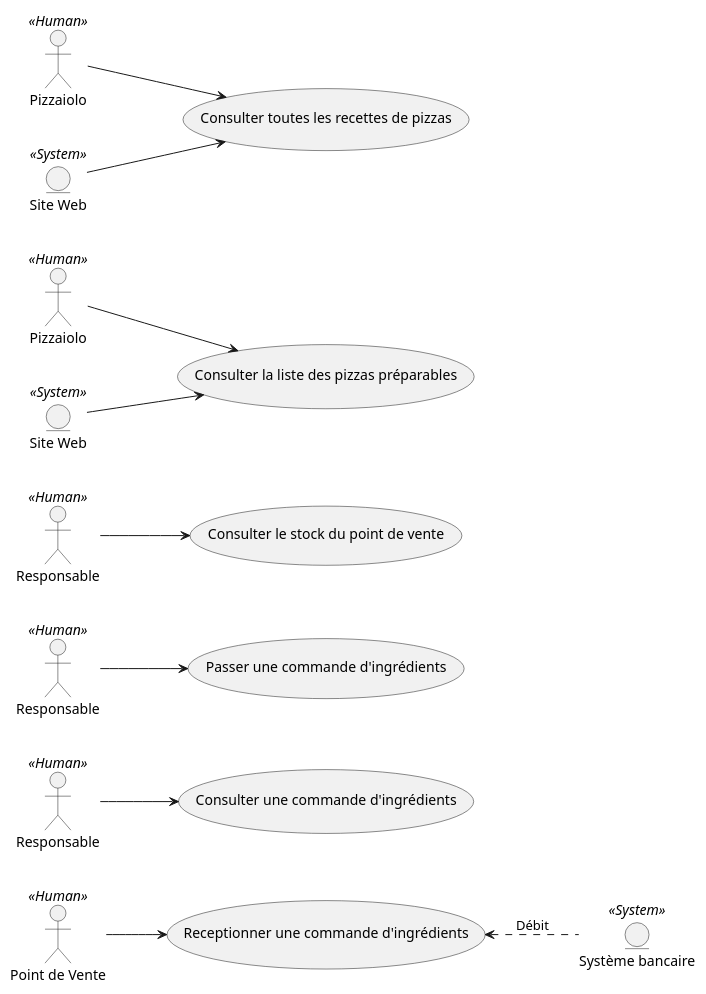
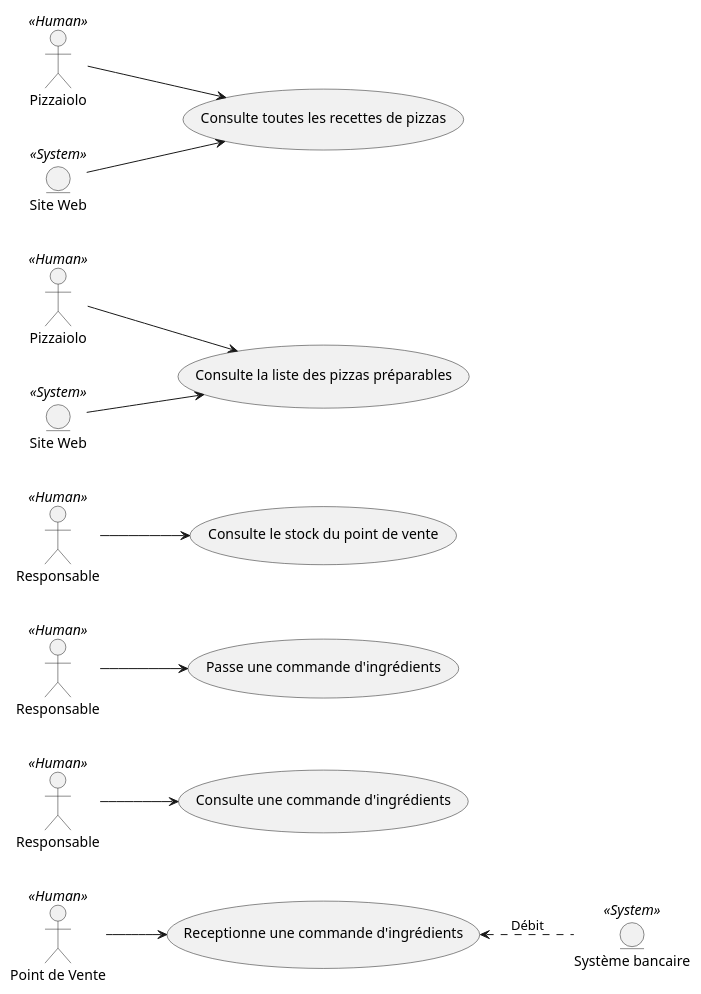
Before and after one commit to rvallet/oc-pizza: the diagram in uml/src/use-case-diagram-stock.puml, drawn with PlantUML. The commit also changed 5 other files, not shown here.

Commit message:
updated uml

```diff
--- a/uml/src/use-case-diagram-stock.puml
+++ b/uml/src/use-case-diagram-stock.puml
@@ -1,58 +1,58 @@
 @startuml
 /' Start UML Class '/
 
 /' Flow Direction '/
 left to right direction
 
 /' Actor and Entity '/
 "Responsable" << Human >> as R1
 "Responsable" << Human >> as R2
 "Responsable" << Human >> as R3
 "Pizzaiolo" << Human >> as P1
 "Pizzaiolo" << Human >> as P2
 :Point de Vente: << Human >> as PDV1
 
 entity "Système bancaire" << System >> as Bank1
 entity "Site Web" << System >> as Web1
 entity "Site Web" << System >> as Web2
 
 /' Ordering actor and entity '/
 P1 -[hidden] Web1
 Web1 -[hidden] P2
 P2 -[hidden] Web2
 Web2 -[hidden] R1
 R1 -[hidden] R2
 R2 -[hidden] R3
 R3 -[hidden] PDV1
 
 /' UseCase Relationship '/
 
 /' Consulter les recettes de pizzas '/
-(Consulter toutes les recettes de pizzas) as (getAllRecipe)
+(Consulte toutes les recettes de pizzas) as (getAllRecipe)
 P1 --> (getAllRecipe)
 Web1 --> (getAllRecipe)
 
 /' Consulter la liste des pizzas préparables '/
-(Consulter la liste des pizzas préparables) as (getAvailableRecipe)
+(Consulte la liste des pizzas préparables) as (getAvailableRecipe)
 P2 --> (getAvailableRecipe)
 Web2 --> (getAvailableRecipe)
 
 /' Consulter le stock des ingrédients par PDV '/
-(Consulter le stock du point de vente) as (getStock)
+(Consulte le stock du point de vente) as (getStock)
 R1 --> (getStock)
 
 /' Passer une commande d'ingrédients '/
-(Passer une commande d'ingrédients) as (setSupplyOrder)
+(Passe une commande d'ingrédients) as (setSupplyOrder)
 R2 --> (setSupplyOrder)
 
 /' Consulter une commande d'ingrédients '/
-(Consulter une commande d'ingrédients) as (getSupplyOrder)
+(Consulte une commande d'ingrédients) as (getSupplyOrder)
 R3 --> (getSupplyOrder)
 
 /' Receptionner une commande d'ingrédients '/
-(Receptionner une commande d'ingrédients) as (setStock)
+(Receptionne une commande d'ingrédients) as (setStock)
 (setStock) <.. Bank1 : Débit
 PDV1 --> (setStock)
 
 /' End UML Class '/
 @enduml
```
